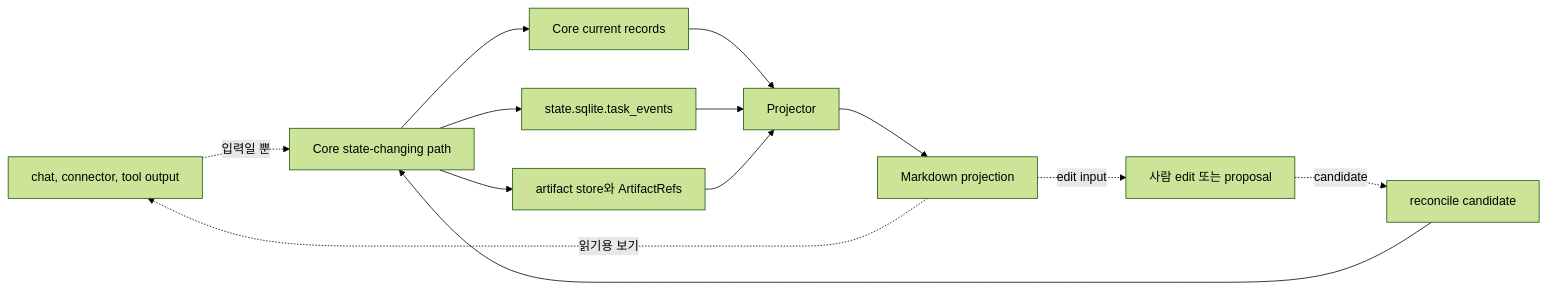
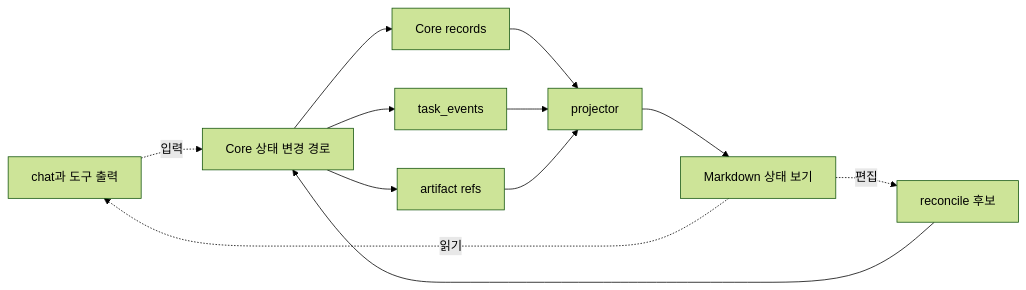
One commit to minjungw00/Harness_Project changed the diagram in docs/ko/reference/projection-and-templates.md. Above: the diagram before and after it, drawn with Mermaid (forest theme). The commit also changed 15 other files, not shown here.

Commit message:
docs: simplify and audit Harness diagrams

````diff
--- a/docs/ko/reference/projection-and-templates.md
+++ b/docs/ko/reference/projection-and-templates.md
@@ -118,25 +118,23 @@
 ```mermaid
 flowchart LR
-  Chat["chat, connector, tool output"]
-  Projection["Markdown projection"]
-  Edit["사람 edit 또는 proposal"]
-  Reconcile["reconcile candidate"]
-  CorePath["Core state-changing path"]
-  Records["Core current records"]
-  Events["state.sqlite.task_events"]
-  Artifacts["artifact store와 ArtifactRefs"]
-  Projector["Projector"]
+  Chat["chat과 도구 출력"]
+  Projection["Markdown 상태 보기"]
+  Reconcile["reconcile 후보"]
+  CorePath["Core 상태 변경 경로"]
+  Records["Core records"]
+  Events["task_events"]
+  Artifacts["artifact refs"]
+  Projector["projector"]
 
-  Chat -. 입력일 뿐 .-> CorePath
-  Projection -. 읽기용 보기 .-> Chat
-  Projection -. edit input .-> Edit
-  Edit -. candidate .-> Reconcile
+  Chat -. 입력 .-> CorePath
+  Projection -. 읽기 .-> Chat
+  Projection -. 편집 .-> Reconcile
   Reconcile --> CorePath
   CorePath --> Records
   CorePath --> Events
   CorePath --> Artifacts
   Records --> Projector
   Events --> Projector
   Artifacts --> Projector
   Projector --> Projection
 ```
````
